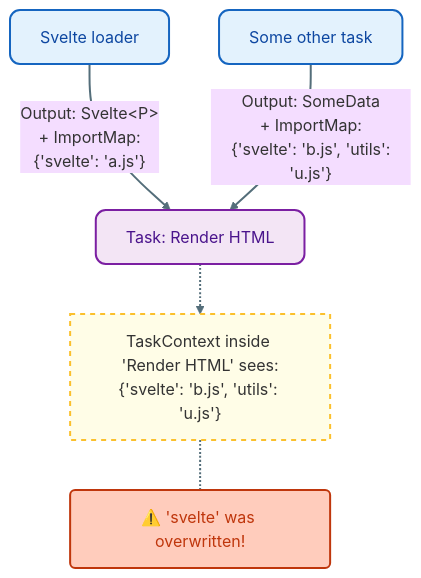
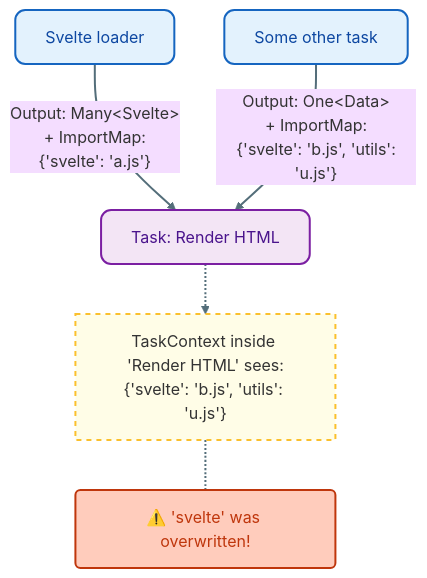
The third of 3 diagrams in DESIGN.md (kamoshi/hauchiwa), drawn with Mermaid (base theme) before and after one commit. The commit also changed other lines of this file and 1 other file, not shown here.

````diff
--- a/DESIGN.md
+++ b/DESIGN.md
@@ -102,31 +126,31 @@
 ```mermaid
 graph TD
     %% Define Styles
     classDef loader fill:#e3f2fd,stroke:#1565c0,stroke-width:2px,rx:10,ry:10,color:#0d47a1
     classDef task fill:#f3e5f5,stroke:#7b1fa2,stroke-width:2px,rx:10,ry:10,color:#4a148c
     classDef note fill:#fffde7,stroke:#fbc02d,stroke-width:2px,stroke-dasharray: 5 5,color:#333
     classDef warning fill:#ffccbc,stroke:#bf360c,stroke-width:2px,rx:5,ry:5,color:#bf360c
     
     %% Nodes
     SvelteA[Svelte loader]:::loader
     MergedB[Some other task]:::loader
     Page[Task: Render HTML]:::task
     
     %% Context Node
     ContextNode["TaskContext inside 'Render HTML' sees:<br/>{'svelte': 'b.js', 'utils': 'u.js'}"]:::note
 
     %% The "Floating" Warning Note
     Warn["⚠️ 'svelte' was overwritten!"]:::warning
 
     %% Connections
-    SvelteA -- "Output: Svelte&lt;P&gt;<br/>+ ImportMap:<br>{'svelte': 'a.js'}" --> Page
-    MergedB -- "Output: SomeData<br/>+ ImportMap:<br> {'svelte': 'b.js', 'utils': 'u.js'}" --> Page
+    SvelteA -- "Output: Many&lt;Svelte&gt;<br/>+ ImportMap:<br>{'svelte': 'a.js'}" --> Page
+    MergedB -- "Output: One&lt;Data&gt;<br/>+ ImportMap:<br> {'svelte': 'b.js', 'utils': 'u.js'}" --> Page
     
     Page -.-> ContextNode
     
     %% Connect the warning to the context node to make it appear "floating" next to it
     ContextNode -.- Warn
     
     %% Link Styling
     linkStyle default stroke:#546e7a,stroke-width:2px
 ```
````
